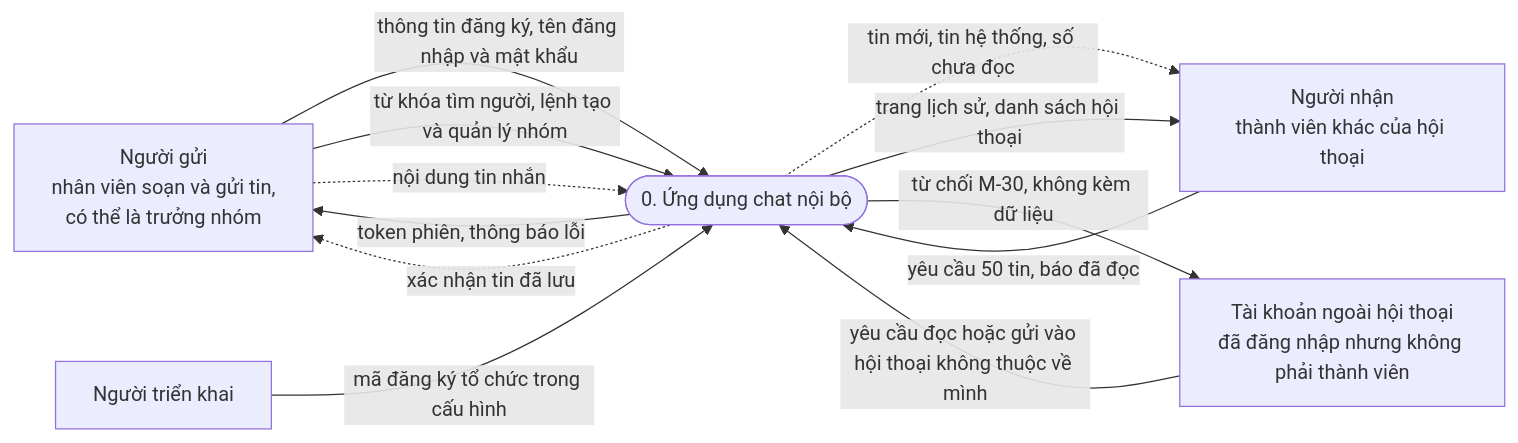
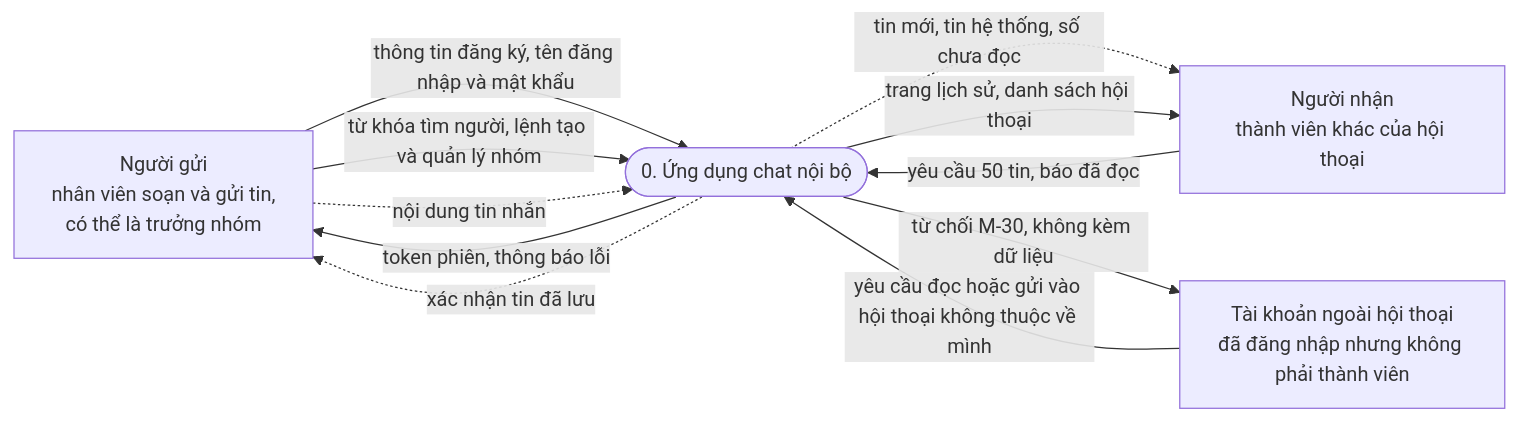
The second of 14 diagrams in 07-data-flow.md (quangdungnguyen1983/chat-nhom-2), drawn with Mermaid before and after one commit. The commit also changed other lines of this file and 29 other files, not shown here.

First line of the commit message:
Bỏ hẳn "Mã đăng ký tổ chức": đăng ký tự do

````diff
--- a/07-data-flow.md
+++ b/07-data-flow.md
@@ -106,20 +106,18 @@
 ```mermaid
 flowchart LR
     SENDER["Người gửi<br/>nhân viên soạn và gửi tin,<br/>có thể là trưởng nhóm"]
     RECEIVER["Người nhận<br/>thành viên khác của hội thoại"]
     OUTSIDER["Tài khoản ngoài hội thoại<br/>đã đăng nhập nhưng không phải thành viên"]
-    DEPLOYER["Người triển khai"]
     SYS(["0. Ứng dụng chat nội bộ"])
 
     SENDER -- "thông tin đăng ký, tên đăng nhập và mật khẩu" --> SYS
     SYS -- "token phiên, thông báo lỗi" --> SENDER
     SENDER -- "từ khóa tìm người, lệnh tạo và quản lý nhóm" --> SYS
     SENDER -. "nội dung tin nhắn" .-> SYS
     SYS -. "xác nhận tin đã lưu" .-> SENDER
     SYS -. "tin mới, tin hệ thống, số chưa đọc" .-> RECEIVER
     RECEIVER -- "yêu cầu 50 tin, báo đã đọc" --> SYS
     SYS -- "trang lịch sử, danh sách hội thoại" --> RECEIVER
     OUTSIDER -- "yêu cầu đọc hoặc gửi vào hội thoại không thuộc về mình" --> SYS
     SYS -- "từ chối M-30, không kèm dữ liệu" --> OUTSIDER
-    DEPLOYER -- "mã đăng ký tổ chức trong cấu hình" --> SYS
 ```
````
